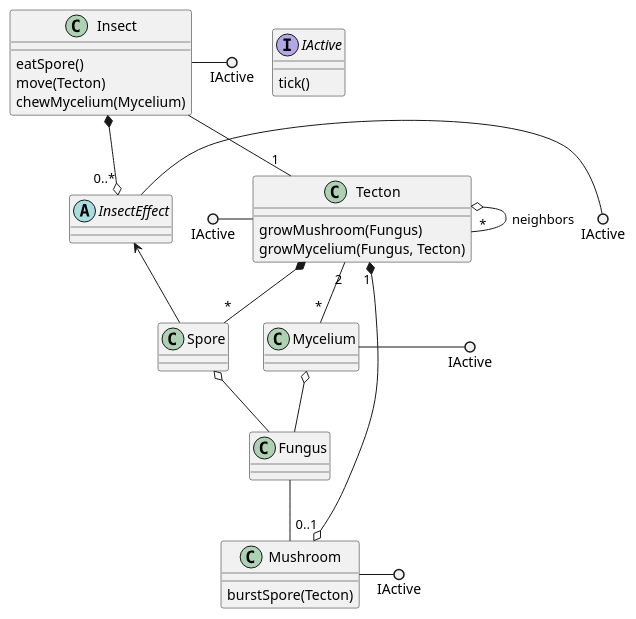
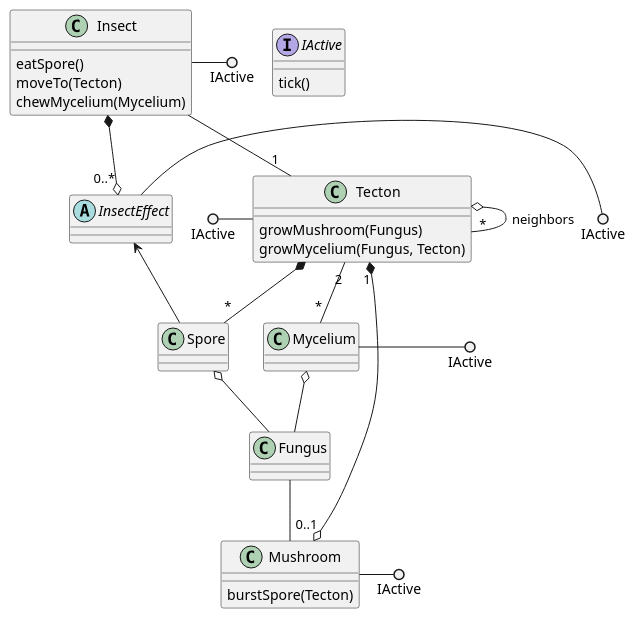
The diagram in classes.pu (ZD4ve/projlab-error521), drawn with PlantUML before and after one commit. The commit also changed 6 other files, not shown here.

Commit message:
Insect sequence diagrams first version

```diff
--- a/classes.pu
+++ b/classes.pu
@@ -1,46 +1,46 @@
 @startuml classes
 interface IActive
 class Tecton
 together {
     class Fungus
     class Mycelium
     class Mushroom
     class Spore
 }
 together {
     class Insect
     abstract InsectEffect
 }
 
 IActive : tick()
 
 IActive ()- Tecton
 IActive ()- Mushroom
 IActive ()- Mycelium
 IActive ()- Insect
 IActive ()- InsectEffect
 
 
 Tecton o-- "*" Tecton : neighbors
 Tecton "2" -- "*" Mycelium
 Tecton *-- "*" Spore
 Tecton "1" *--o "0..1" Mushroom
 Tecton : growMushroom(Fungus)
 Tecton : growMycelium(Fungus, Tecton)
 
 Mushroom : burstSpore(Tecton)
 
 Mycelium o-- Fungus
 
 Insect *--o "0..*" InsectEffect
 Insect -- "1" Tecton
 Insect : eatSpore()
-Insect : move(Tecton)
+Insect : moveTo(Tecton)
 Insect : chewMycelium(Mycelium)
 
 Spore o-- Fungus
 
 InsectEffect <-- Spore
 
 Fungus -- Mushroom
 @enduml
```
